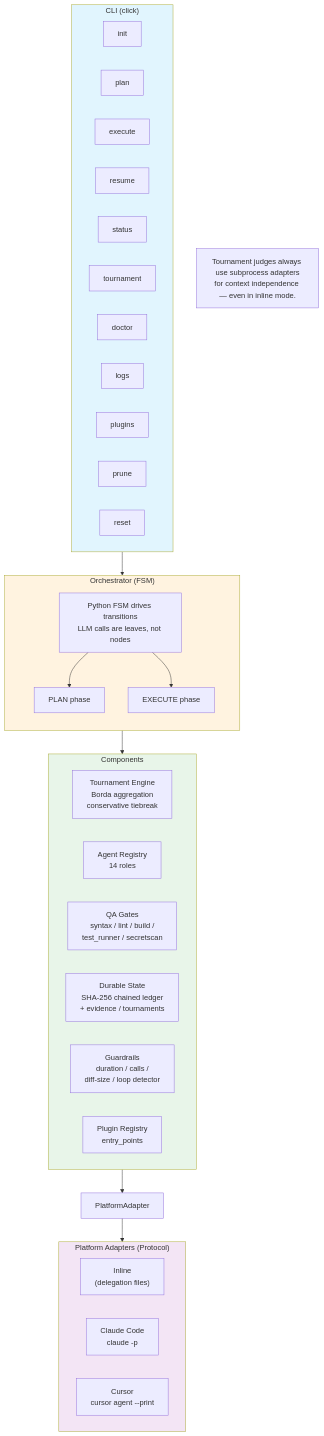
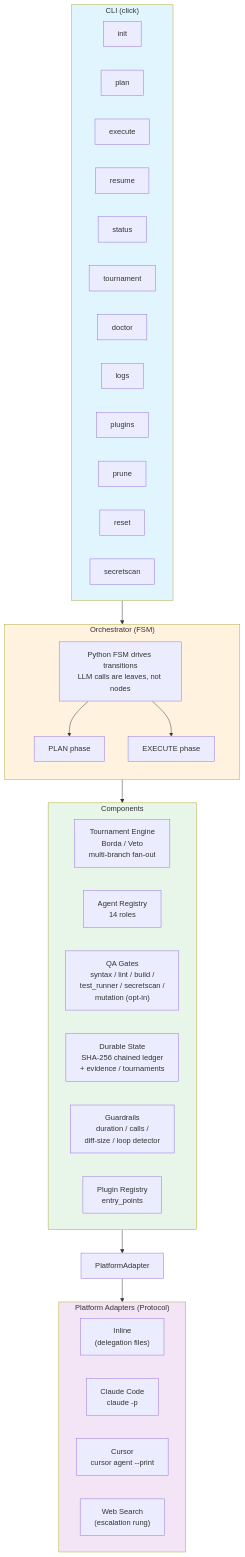
One commit to mohamedameen-io/AutoDev changed the second of 3 diagrams in README.md. Above: the diagram before and after it, drawn with Mermaid. The commit also changed other lines of this file, not shown here.

````diff
--- a/README.md
+++ b/README.md
@@ -251,62 +157,62 @@
 ```mermaid
 flowchart TB
     subgraph CLI["CLI (click)"]
         direction LR
         init["init"]
         plan["plan"]
         execute["execute"]
         resume["resume"]
         status["status"]
         tournament_cmd["tournament"]
         doctor["doctor"]
         logs["logs"]
         plugins_cmd["plugins"]
         prune["prune"]
         reset["reset"]
+        secretscan_cmd["secretscan"]
     end
 
     subgraph Orchestrator["Orchestrator (FSM)"]
         direction TB
         fsm["Python FSM drives transitions<br/>LLM calls are leaves, not nodes"]
         plan_phase["PLAN phase"]
         execute_phase["EXECUTE phase"]
         fsm --> plan_phase
         fsm --> execute_phase
     end
 
     CLI --> Orchestrator
 
     subgraph Components
         direction LR
-        tournament["Tournament Engine<br/>Borda aggregation<br/>conservative tiebreak"]
+        tournament["Tournament Engine<br/>Borda / Veto<br/>multi-branch fan-out"]
         registry["Agent Registry<br/>14 roles"]
-        qa["QA Gates<br/>syntax / lint / build /<br/>test_runner / secretscan"]
+        qa["QA Gates<br/>syntax / lint / build /<br/>test_runner / secretscan /<br/>mutation (opt-in)"]
         state["Durable State<br/>SHA-256 chained ledger<br/>+ evidence / tournaments"]
         guardrails["Guardrails<br/>duration / calls /<br/>diff-size / loop detector"]
         plugins_sub["Plugin Registry<br/>entry_points"]
     end
 
     Orchestrator --> Components
     Components --> PlatformAdapter
 
     subgraph Adapters["Platform Adapters (Protocol)"]
         direction LR
         inline["Inline<br/>(delegation files)"]
         claude["Claude Code<br/>claude -p"]
         cursor["Cursor<br/>cursor agent --print"]
+        web["Web Search<br/>(escalation rung)"]
     end
 
     PlatformAdapter --> Adapters
 
     CLI:::cli
     Orchestrator:::orch
     Components:::comp
     Adapters:::adap
 
     classDef cli fill:#e1f5fe
     classDef orch fill:#fff3e0
     classDef comp fill:#e8f5e9
     classDef adap fill:#f3e5f5
-
-    note1["Tournament judges always use subprocess adapters<br/>for context independence — even in inline mode."]
 ```
````
